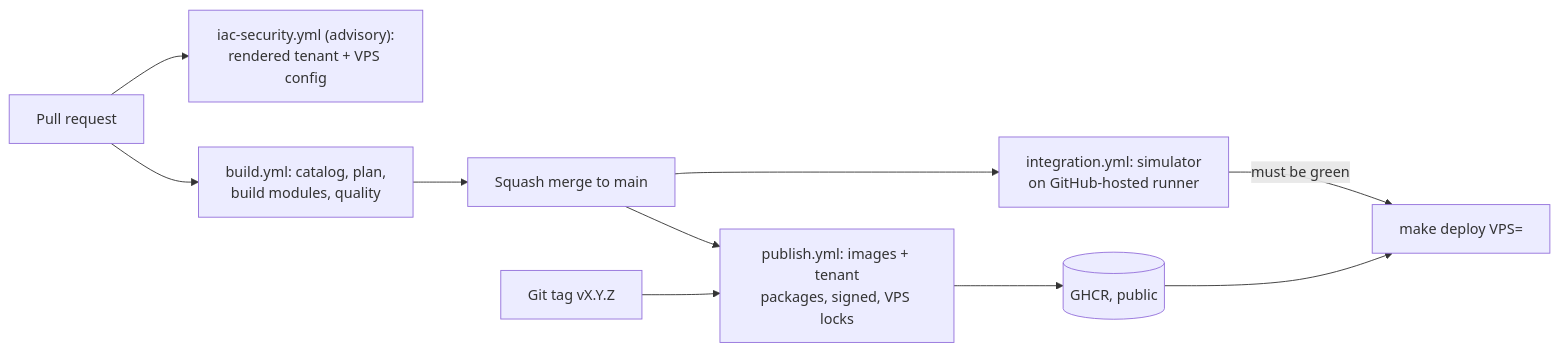
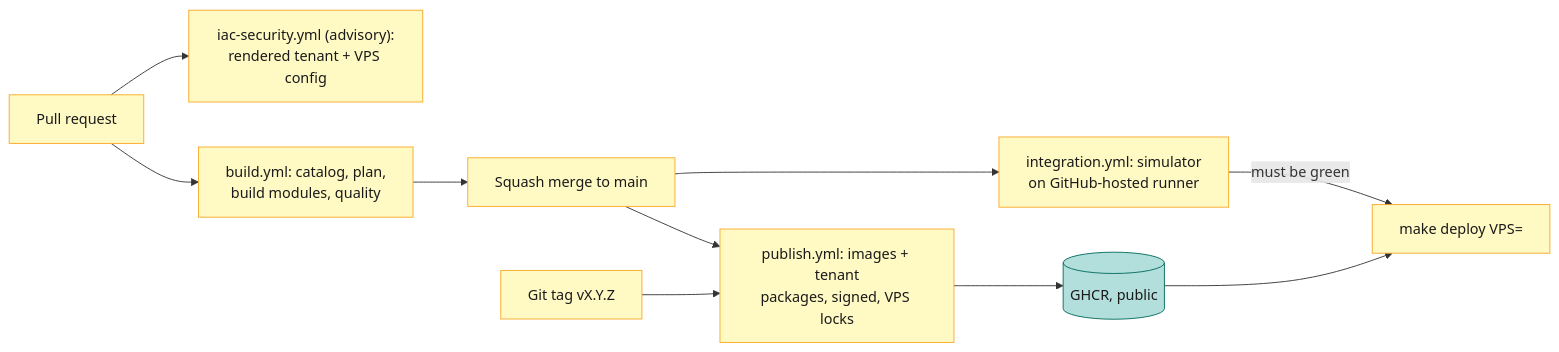
Before and after one commit to varunpathania86/nigu-lite: diagram 13 of 23 in master-plan.md, drawn with Mermaid. The commit also changed other lines of this file and 38 other files, not shown here.

````diff
--- a/master-plan.md
+++ b/master-plan.md
@@ -853,12 +936,16 @@
 ```mermaid
 flowchart LR
   PR[Pull request] --> B1["build.yml: catalog, plan,<br/>build modules, quality"]
   PR --> SEC["iac-security.yml (advisory):<br/>rendered tenant + VPS config"]
   B1 --> MG["Squash merge to main"]
   MG --> PUB["publish.yml: images + tenant<br/>packages, signed, VPS locks"]
   MG --> IT["integration.yml: simulator<br/>on GitHub-hosted runner"]
   TAG["Git tag vX.Y.Z"] --> PUB
   PUB --> GHCR[("GHCR, public")]
   GHCR --> DEP["make deploy VPS="]
   IT -->|"must be green"| DEP
+  class GHCR data
+  class PR,B1,SEC,MG,PUB,IT,TAG,DEP tool
+  classDef data fill:#b2dfdb,stroke:#00695c,color:#1a1a1a
+  classDef tool fill:#fff9c4,stroke:#f9a825,color:#1a1a1a
 ```
````
